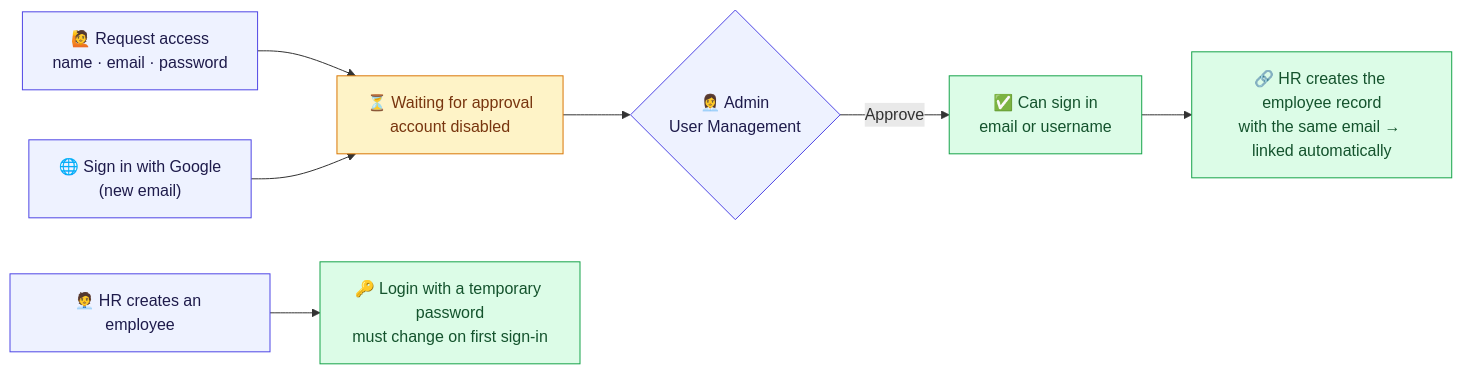
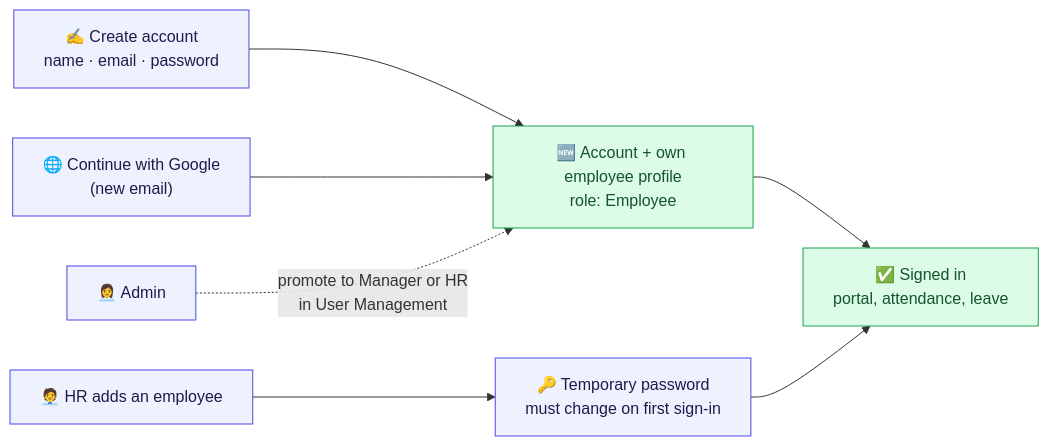
Before and after one commit to ayukaushik1357-bit/HRGenius: the fourth of 5 diagrams in README.md, drawn with Mermaid. The commit also changed other lines of this file and 24 other files, not shown here.

First line of the commit message:
feat: open sign-up for everyone, admin password from ADMIN_PASSWORD

````diff
--- a/README.md
+++ b/README.md
@@ -161,16 +161,14 @@
 ```mermaid
 flowchart LR
-    A["🙋 Request access<br/>name · email · password"] --> P["⏳ Waiting for approval<br/>account disabled"]
-    G["🌐 Sign in with Google<br/>(new email)"] --> P
-    P --> AD{"👩‍💼 Admin<br/>User Management"}
-    AD -- Approve --> OK["✅ Can sign in<br/>email or username"]
-    OK --> L["🔗 HR creates the employee record<br/>with the same email → linked automatically"]
-    H["🧑‍💼 HR creates an employee"] --> T["🔑 Login with a temporary password<br/>must change on first sign-in"]
+    A["✍️ Create account<br/>name · email · password"] --> N["🆕 Account + own employee profile<br/>role: Employee"]
+    G["🌐 Continue with Google<br/>(new email)"] --> N
+    N --> IN["✅ Signed in<br/>portal, attendance, leave"]
+    H["🧑‍💼 HR adds an employee"] --> T["🔑 Temporary password<br/>must change on first sign-in"]
+    T --> IN
+    AD["👩‍💼 Admin"] -. "promote to Manager or HR<br/>in User Management" .-> N
 
-    classDef wait fill:#FEF3C7,stroke:#D97706,color:#78350F
     classDef ok fill:#DCFCE7,stroke:#16A34A,color:#14532D
     classDef step fill:#EEF2FF,stroke:#4F46E5,color:#1E1B4B
-    class P wait
-    class OK,L,T ok
-    class A,G,AD,H step
+    class N,IN ok
+    class A,G,H,T,AD step
 ```
````
